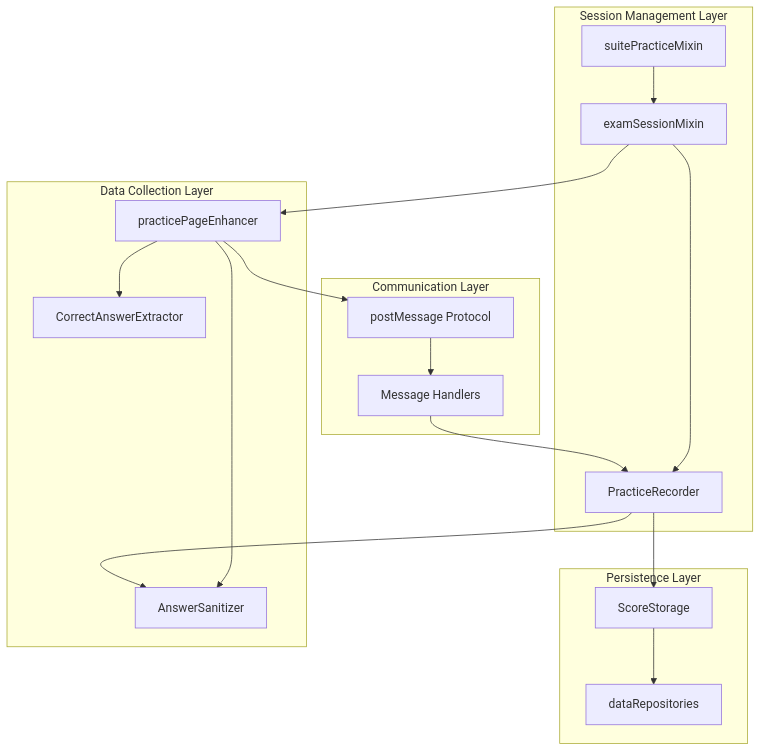
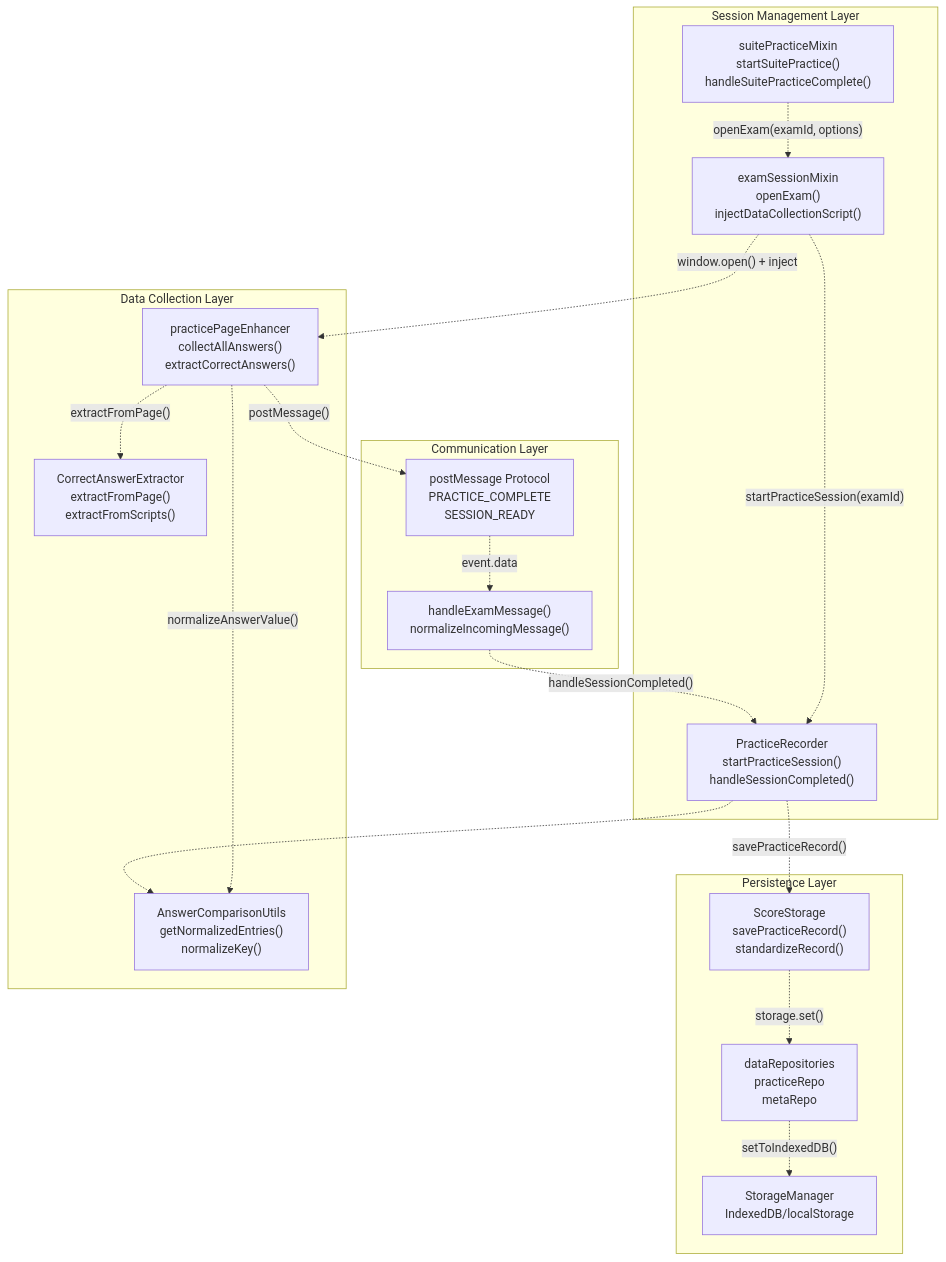
The fifth of 8 diagrams in developer/doc/Wiki/Practice-Session-System.md (sallowayma-git/IELTS-practice), drawn with Mermaid before and after one commit. The commit also changed other lines of this file and 84 other files, not shown here.

````diff
--- a/developer/doc/Wiki/Practice-Session-System.md
+++ b/developer/doc/Wiki/Practice-Session-System.md
@@ -336,48 +393,51 @@
 ```mermaid
 flowchart TD
 
-ESM["examSessionMixin"]
-SPM["suitePracticeMixin"]
-PR["PracticeRecorder"]
-PPE["practicePageEnhancer"]
-CAE["CorrectAnswerExtractor"]
-AS["AnswerSanitizer"]
-SS["ScoreStorage"]
-REPOS["dataRepositories"]
-MSG["postMessage Protocol"]
-HANDLERS["Message Handlers"]
+ESM["examSessionMixin<br>openExam()<br>injectDataCollectionScript()"]
+SPM["suitePracticeMixin<br>startSuitePractice()<br>handleSuitePracticeComplete()"]
+PR["PracticeRecorder<br>startPracticeSession()<br>handleSessionCompleted()"]
+PPE["practicePageEnhancer<br>collectAllAnswers()<br>extractCorrectAnswers()"]
+CAE["CorrectAnswerExtractor<br>extractFromPage()<br>extractFromScripts()"]
+ACU["AnswerComparisonUtils<br>getNormalizedEntries()<br>normalizeKey()"]
+SS["ScoreStorage<br>savePracticeRecord()<br>standardizeRecord()"]
+REPOS["dataRepositories<br>practiceRepo<br>metaRepo"]
+SM["StorageManager<br>IndexedDB/localStorage"]
+MSG["postMessage Protocol<br>PRACTICE_COMPLETE<br>SESSION_READY"]
+HANDLERS["handleExamMessage()<br>normalizeIncomingMessage()"]
 
-ESM --> PPE
-PPE --> MSG
-HANDLERS --> PR
-PR --> AS
-PR --> SS
+ESM -.->|"window.open() + inject"| PPE
+PPE -.->|"postMessage()"| MSG
+HANDLERS -.->|"handleSessionCompleted()"| PR
+PR -.-> ACU
+PR -.->|"savePracticeRecord()"| SS
 
-subgraph subGraph3 ["Communication Layer"]
+subgraph Communication ["Communication Layer"]
     MSG
     HANDLERS
-    MSG --> HANDLERS
+    MSG -.->|"event.data"| HANDLERS
 end
 
-subgraph subGraph2 ["Persistence Layer"]
+subgraph Persistence ["Persistence Layer"]
     SS
     REPOS
-    SS --> REPOS
+    SM
+    SS -.->|"storage.set()"| REPOS
+    REPOS -.->|"setToIndexedDB()"| SM
 end
 
-subgraph subGraph1 ["Data Collection Layer"]
+subgraph DataCollection ["Data Collection Layer"]
     PPE
     CAE
-    AS
-    PPE --> CAE
-    PPE --> AS
+    ACU
+    PPE -.->|"extractFromPage()"| CAE
+    PPE -.->|"normalizeAnswerValue()"| ACU
 end
 
-subgraph subGraph0 ["Session Management Layer"]
+subgraph SessionMgmt ["Session Management Layer"]
     ESM
     SPM
     PR
-    ESM --> PR
-    SPM --> ESM
+    ESM -.->|"startPracticeSession(examId)"| PR
+    SPM -.->|"openExam(examId, options)"| ESM
 end
 ```
````
